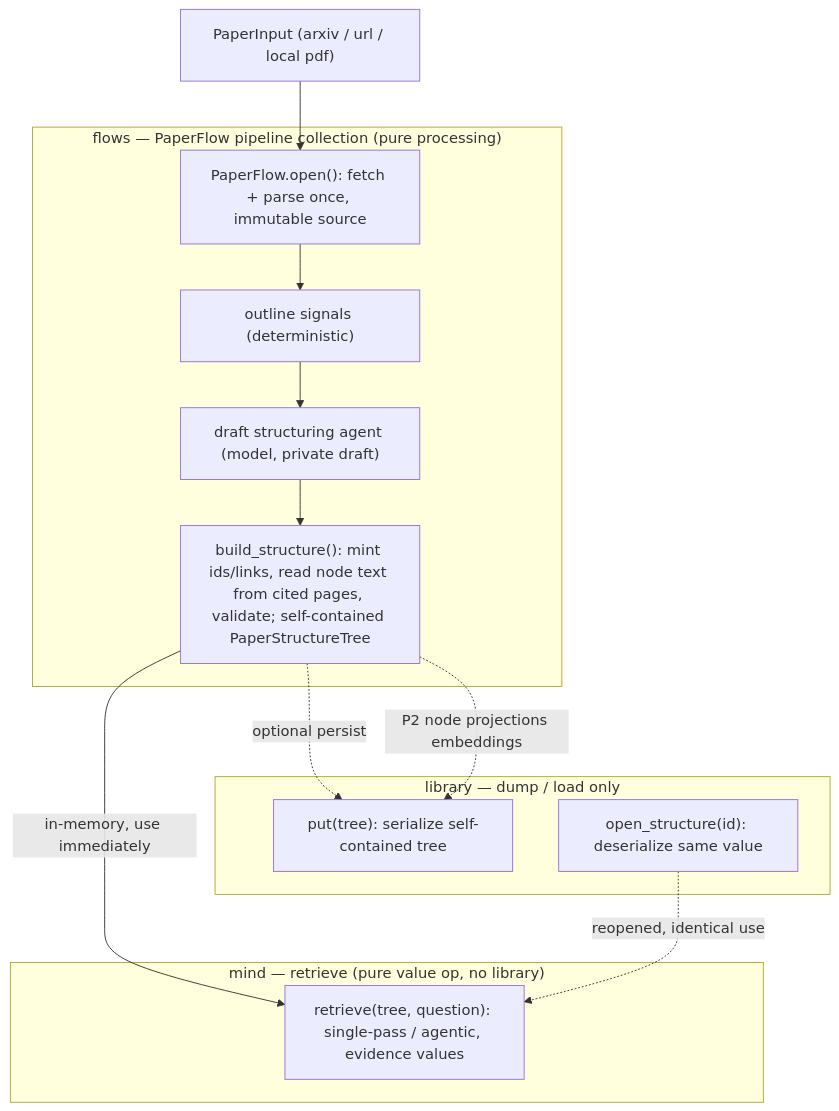
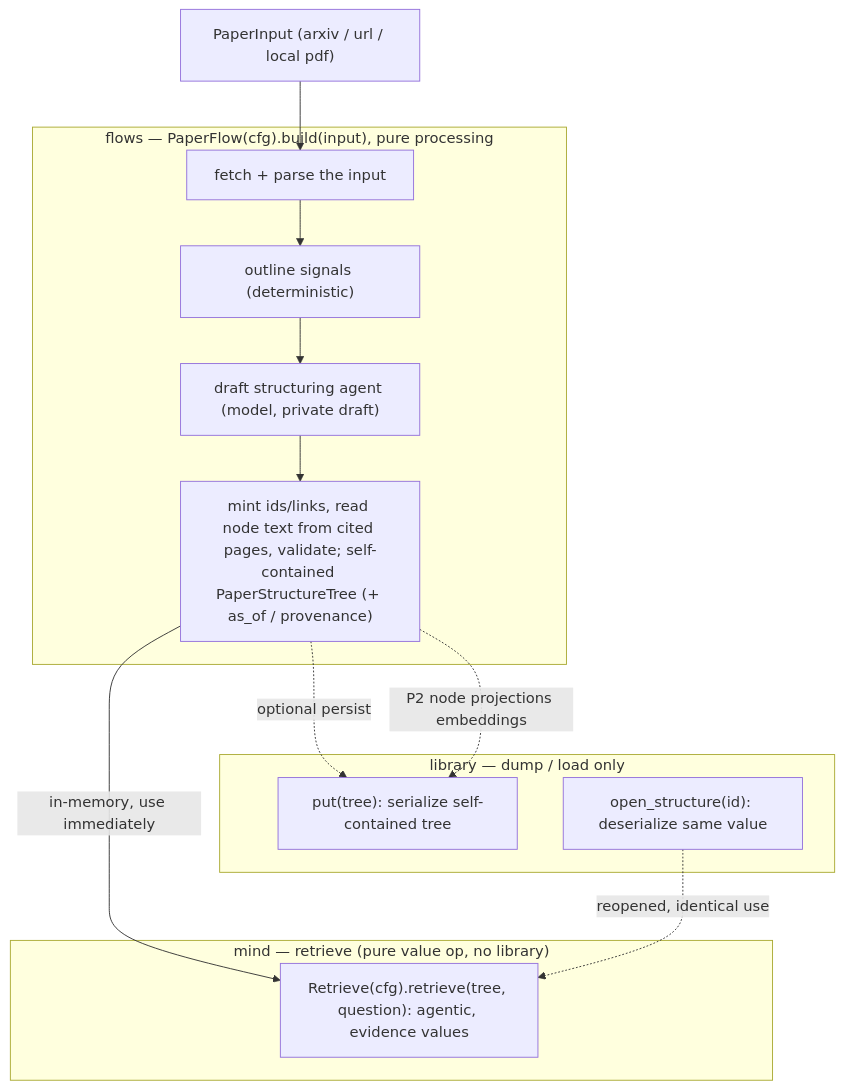
The diagram in contexts/design/mind/retrieval.md (LLMQuant/quant-mind), drawn with Mermaid before and after one commit. The commit also changed other lines of this file and 29 other files, not shown here.

First line of the commit message:
refactor(design): config-bound flows, Retrieve class, standalone-storable tree

````diff
--- a/contexts/design/mind/retrieval.md
+++ b/contexts/design/mind/retrieval.md
@@ -97,22 +97,22 @@
 ```mermaid
 flowchart TD
     IN["PaperInput (arxiv / url / local pdf)"]
-    subgraph FLW["flows — PaperFlow pipeline collection (pure processing)"]
-        OPEN["PaperFlow.open(): fetch + parse once, immutable source"]
+    subgraph FLW["flows — PaperFlow(cfg).build(input), pure processing"]
+        OPEN["fetch + parse the input"]
         OUT["outline signals (deterministic)"]
         DRAFT["draft structuring agent (model, private draft)"]
-        BUILD["build_structure(): mint ids/links, read node text from cited pages, validate; self-contained PaperStructureTree"]
+        BUILD["mint ids/links, read node text from cited pages, validate; self-contained PaperStructureTree (+ as_of / provenance)"]
     end
     subgraph LIB["library — dump / load only"]
         PUT["put(tree): serialize self-contained tree"]
         OPENT["open_structure(id): deserialize same value"]
     end
     subgraph MND["mind — retrieve (pure value op, no library)"]
-        RET["retrieve(tree, question): single-pass / agentic, evidence values"]
+        RET["Retrieve(cfg).retrieve(tree, question): agentic, evidence values"]
     end
     IN --> OPEN --> OUT --> DRAFT --> BUILD
     BUILD -->|in-memory, use immediately| RET
     BUILD -.->|optional persist| PUT
     OPENT -.->|reopened, identical use| RET
     BUILD -.->|P2 node projections embeddings| PUT
 ```
````
